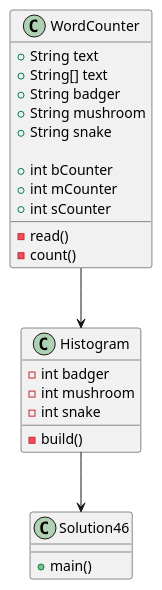
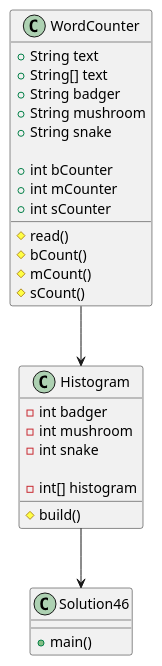
The diagram in exercise46/docs/WordFreq.puml (J-Caques/caques-a04), drawn with PlantUML before and after one commit. The commit also changed 3 other files, not shown here.

Commit message:
Final code + alterations to PlantUML and class methods.

```diff
--- a/exercise46/docs/WordFreq.puml
+++ b/exercise46/docs/WordFreq.puml
@@ -1,32 +1,36 @@
 @startuml
 class Solution46{
     +main()
 }
 
 class WordCounter{
     +String text
     +String[] text
     +String badger
     +String mushroom
     +String snake
 
     +int bCounter
     +int mCounter
     +int sCounter
 
-    -read()
-    -count()
+    #read()
+    #bCount()
+    #mCount()
+    #sCount()
 }
 
 class Histogram{
     -int badger
     -int mushroom
     -int snake
 
+    -int[] histogram
 
-    -build()
+
+    #build()
 }
 
 WordCounter --> Histogram
 Histogram --> Solution46
 @enduml
```
